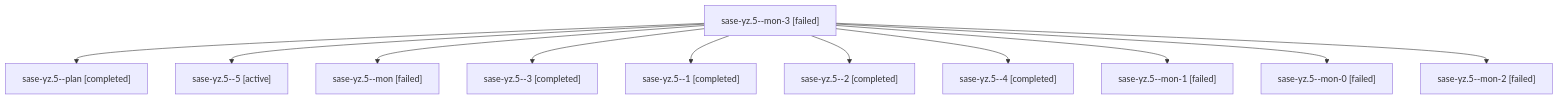
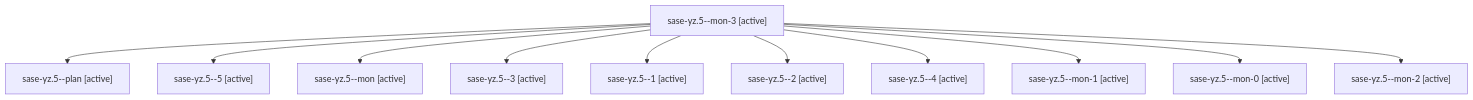
The diagram in families/bbugyi200.athena.sase-yz.5.md (sase-org/sase--agents), drawn with Mermaid before and after one commit. The commit also changed other lines of this file and 35830 other files, not shown here.

````diff
--- a/families/bbugyi200.athena.sase-yz.5.md
+++ b/families/bbugyi200.athena.sase-yz.5.md
@@ -9,24 +9,24 @@
 ```mermaid
 flowchart TD
-  n0["sase-yz.5--mon-3 [failed]"]
-  n1["sase-yz.5--plan [completed]"]
+  n0["sase-yz.5--mon-3 [active]"]
+  n1["sase-yz.5--plan [active]"]
   n0 --> n1
   n2["sase-yz.5--5 [active]"]
   n0 --> n2
-  n3["sase-yz.5--mon [failed]"]
+  n3["sase-yz.5--mon [active]"]
   n0 --> n3
-  n4["sase-yz.5--3 [completed]"]
+  n4["sase-yz.5--3 [active]"]
   n0 --> n4
-  n5["sase-yz.5--1 [completed]"]
+  n5["sase-yz.5--1 [active]"]
   n0 --> n5
-  n6["sase-yz.5--2 [completed]"]
+  n6["sase-yz.5--2 [active]"]
   n0 --> n6
-  n7["sase-yz.5--4 [completed]"]
+  n7["sase-yz.5--4 [active]"]
   n0 --> n7
-  n8["sase-yz.5--mon-1 [failed]"]
+  n8["sase-yz.5--mon-1 [active]"]
   n0 --> n8
-  n9["sase-yz.5--mon-0 [failed]"]
+  n9["sase-yz.5--mon-0 [active]"]
   n0 --> n9
-  n10["sase-yz.5--mon-2 [failed]"]
+  n10["sase-yz.5--mon-2 [active]"]
   n0 --> n10
 ```
````
